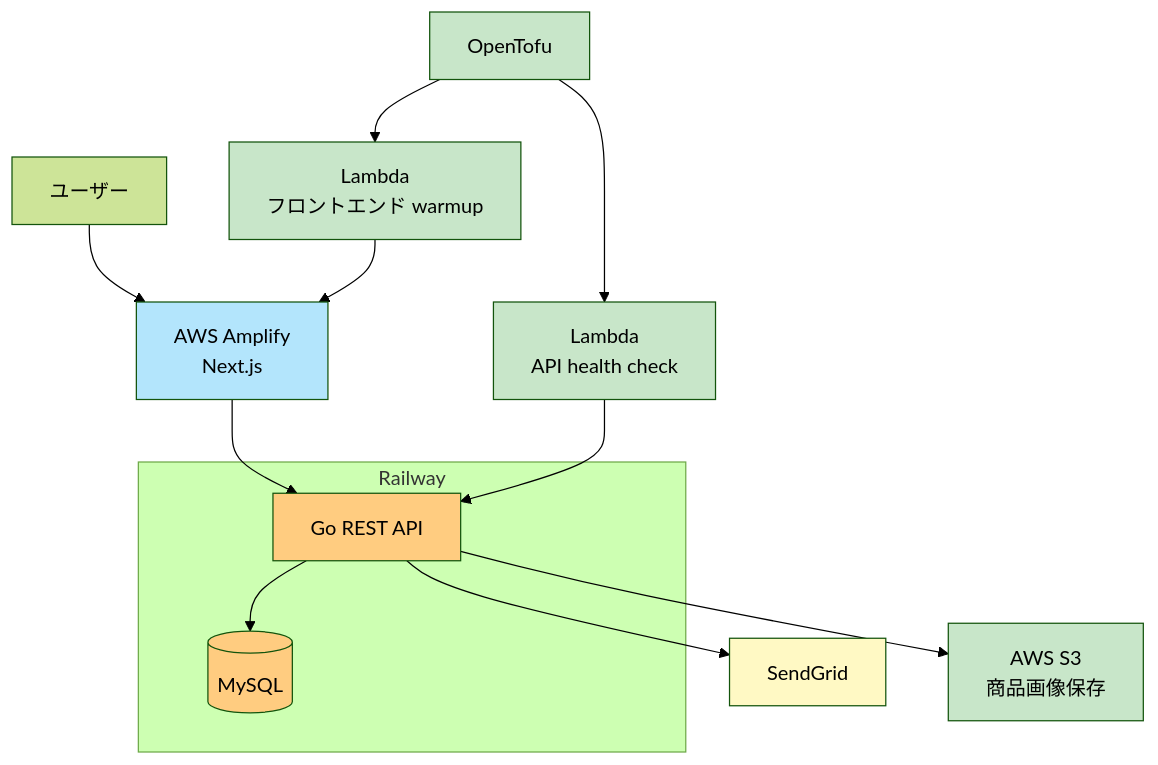
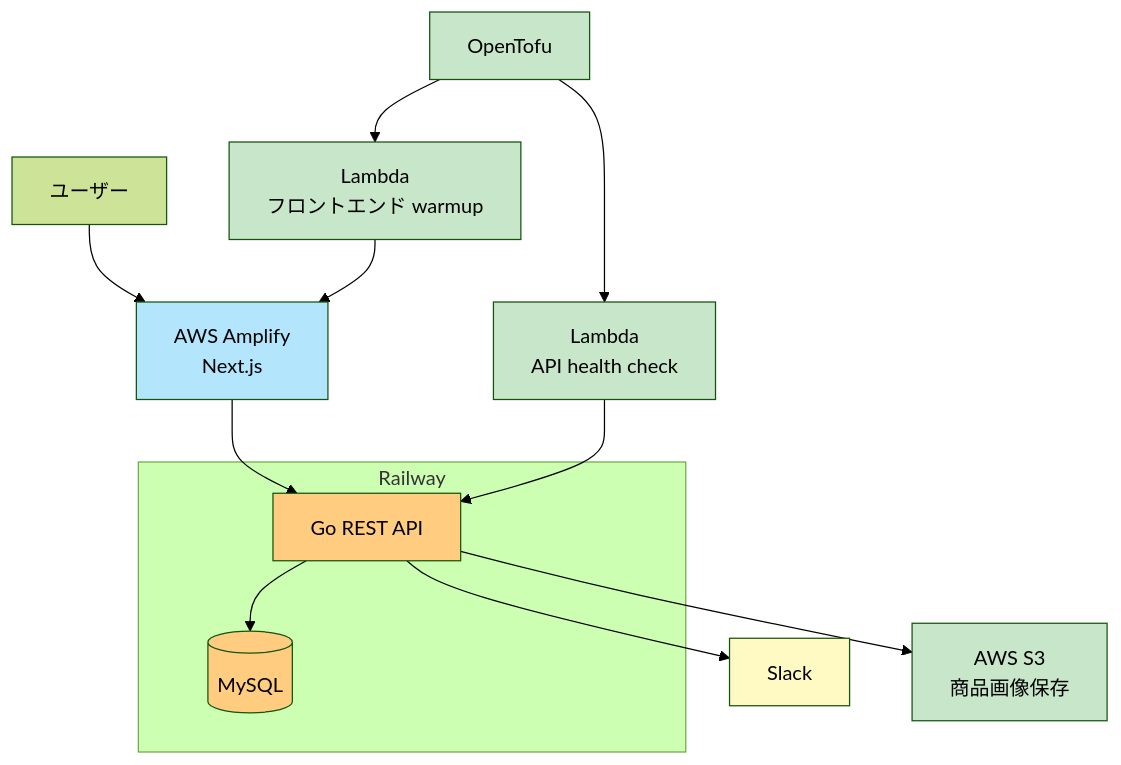
One commit to tokushun109/tku changed the diagram in README.md. Above: the diagram before and after it, drawn with Mermaid (forest theme). The commit also changed other lines of this file and 14 other files, not shown here.

````diff
--- a/README.md
+++ b/README.md
@@ -157,38 +170,38 @@
 ```mermaid
 graph TD
     User[ユーザー]
-    SendGrid[SendGrid]
+    Slack[Slack]
 
     Amplify[AWS Amplify<br/>Next.js]
 
     subgraph Railway[Railway]
         API[Go REST API]
         MySQL[(MySQL)]
     end
 
     S3[AWS S3<br/>商品画像保存]
     Warmup[Lambda<br/>フロントエンド warmup]
     Health[Lambda<br/>API health check]
     OpenTofu[OpenTofu]
 
     User --> Amplify
     Amplify --> API
     API --> MySQL
     API --> S3
-    API --> SendGrid
+    API --> Slack
 
     Warmup --> Amplify
     Health --> API
     OpenTofu --> Warmup
     OpenTofu --> Health
 
     classDef frontend fill:#b3e5fc
     classDef backend fill:#ffcc80
     classDef infra fill:#c8e6c9
     classDef external fill:#fff9c4
 
     class Amplify frontend
     class API,MySQL backend
     class S3,Warmup,Health,OpenTofu infra
-    class SendGrid external
+    class Slack external
 ```
````
